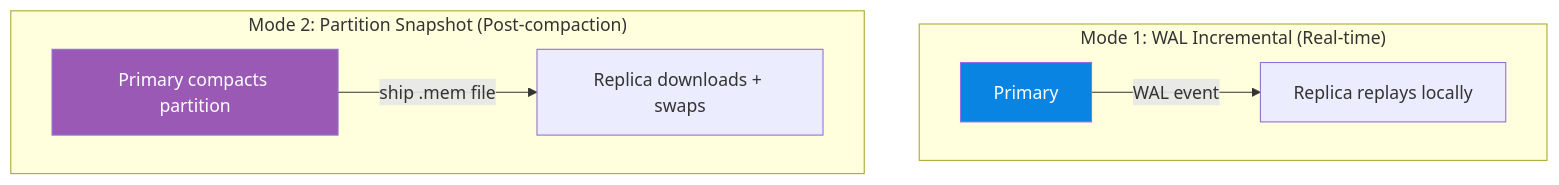
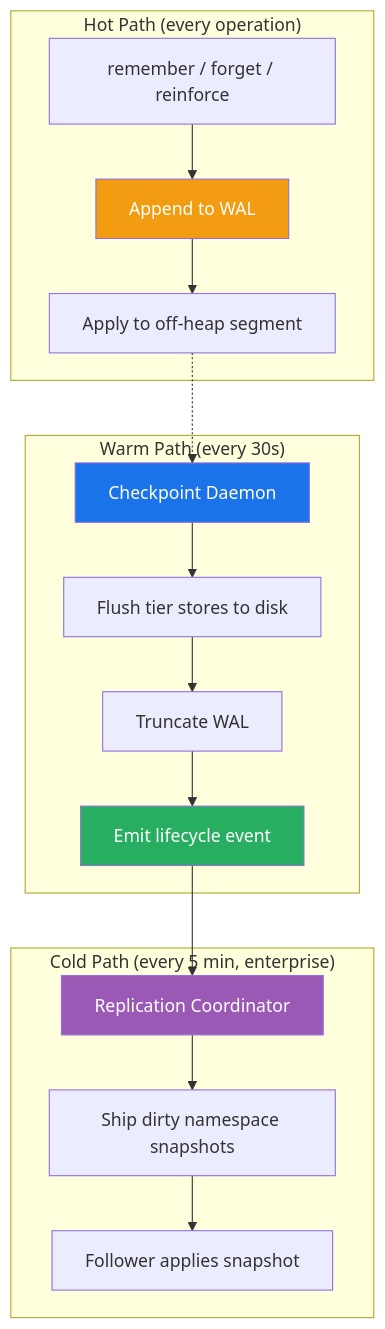
One commit to spectrayan/spector changed the fifth of 5 diagrams in docs/docs/memory/sync.md. Above: the diagram before and after it, drawn with Mermaid. The commit also changed other lines of this file and 120 other files, not shown here.

First line of the commit message:
refactor(events): Unified 3-tier event hierarchy + documentation overhaul (#41)

````diff
--- a/docs/docs/memory/sync.md
+++ b/docs/docs/memory/sync.md
@@ -96,13 +182,26 @@
 ```mermaid
 flowchart TD
-    subgraph "Mode 1: WAL Incremental (Real-time)"
-        P1["Primary"] -->|"WAL event"| R1["Replica replays locally"]
+    subgraph "Hot Path (every operation)"
+        OP["remember / forget / reinforce"] --> WAL["Append to WAL"]
+        WAL --> APPLY["Apply to off-heap segment"]
     end
 
-    subgraph "Mode 2: Partition Snapshot (Post-compaction)"
-        P2["Primary compacts partition"] -->|"ship .mem file"| R2["Replica downloads + swaps"]
+    subgraph "Warm Path (every 30s)"
+        CKPT["Checkpoint Daemon"] --> FLUSH["Flush tier stores to disk"]
+        FLUSH --> TRUNC["Truncate WAL"]
+        TRUNC --> EVENT["Emit lifecycle event"]
     end
 
-    style P1 fill:#0984e3,color:white
-    style P2 fill:#9b59b6,color:white
+    subgraph "Cold Path (every 5 min, enterprise)"
+        EVENT --> COORD["Replication Coordinator"]
+        COORD --> SNAP["Ship dirty namespace snapshots"]
+        SNAP --> FOLLOWER["Follower applies snapshot"]
+    end
+
+    APPLY -.-> CKPT
+
+    style WAL fill:#f39c12,color:white
+    style CKPT fill:#1a73e8,color:white
+    style EVENT fill:#27ae60,color:white
+    style COORD fill:#9b59b6,color:white
 ```
````
